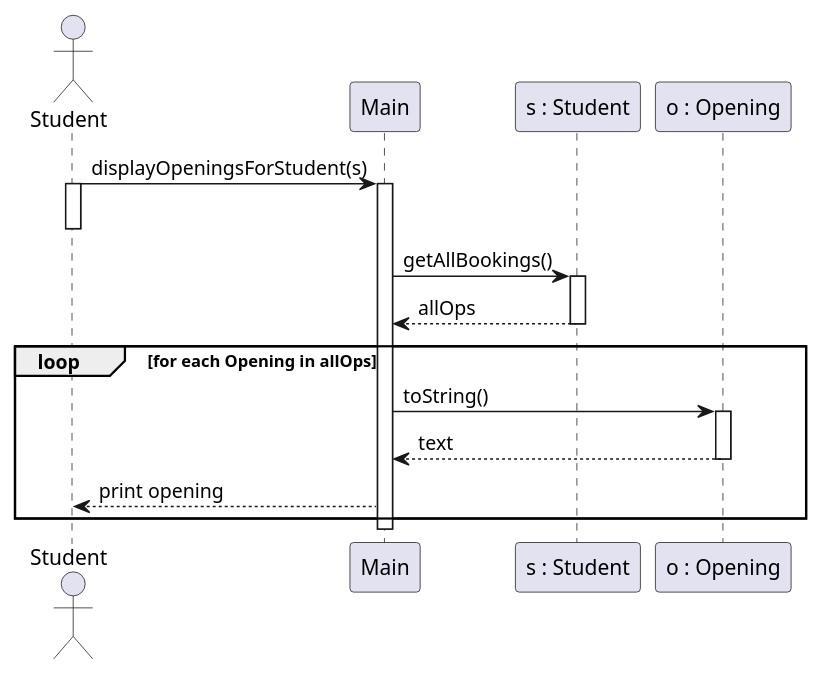
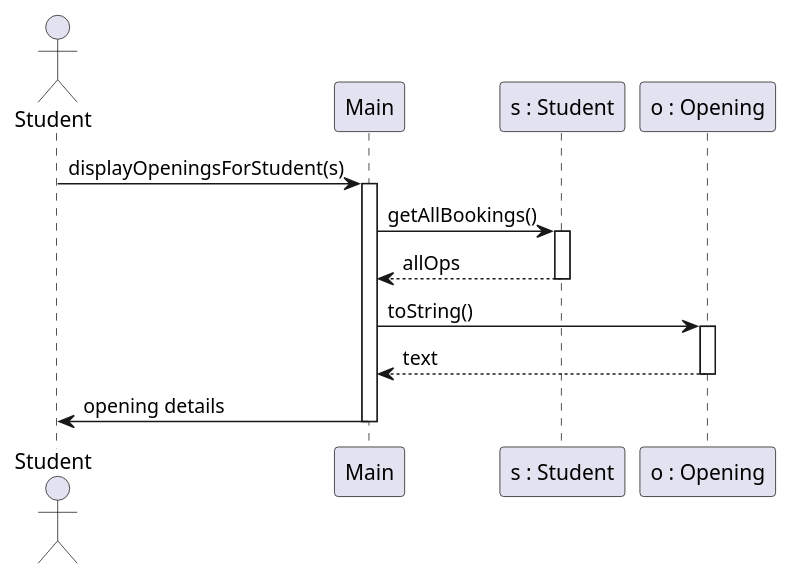
The diagram in docs/display-openings-student-sequence.puml (localhost433/OOPFinalProject), drawn with PlantUML before and after one commit. The commit also changed 10 other files, not shown here.

Commit message:
seq diagrams

```diff
--- a/docs/display-openings-student-sequence.puml
+++ b/docs/display-openings-student-sequence.puml
@@ -1,30 +1,27 @@
 @startuml display-openings-student-sequence
 ' Sequence diagram — Display openings for student (Main.displayOpeningsForStudent)
 
 actor Student as student
 
 participant "Main" as main
 participant "s : Student" as sObj
 participant "o : Opening" as open
 
 student -> main : displayOpeningsForStudent(s)
-activate student
 activate main
-deactivate student
 
 main -> sObj : getAllBookings()
 activate sObj
 sObj --> main : allOps
 deactivate sObj
 
-loop for each Opening in allOps
-    main -> open : toString()
-    activate open
-    open --> main : text
-    deactivate open
-    main --> student : print opening
-end
+main -> open : toString()
+activate open
+open --> main : text
+deactivate open
+
+main -> student : opening details
 
 deactivate main
 
 @enduml
```
